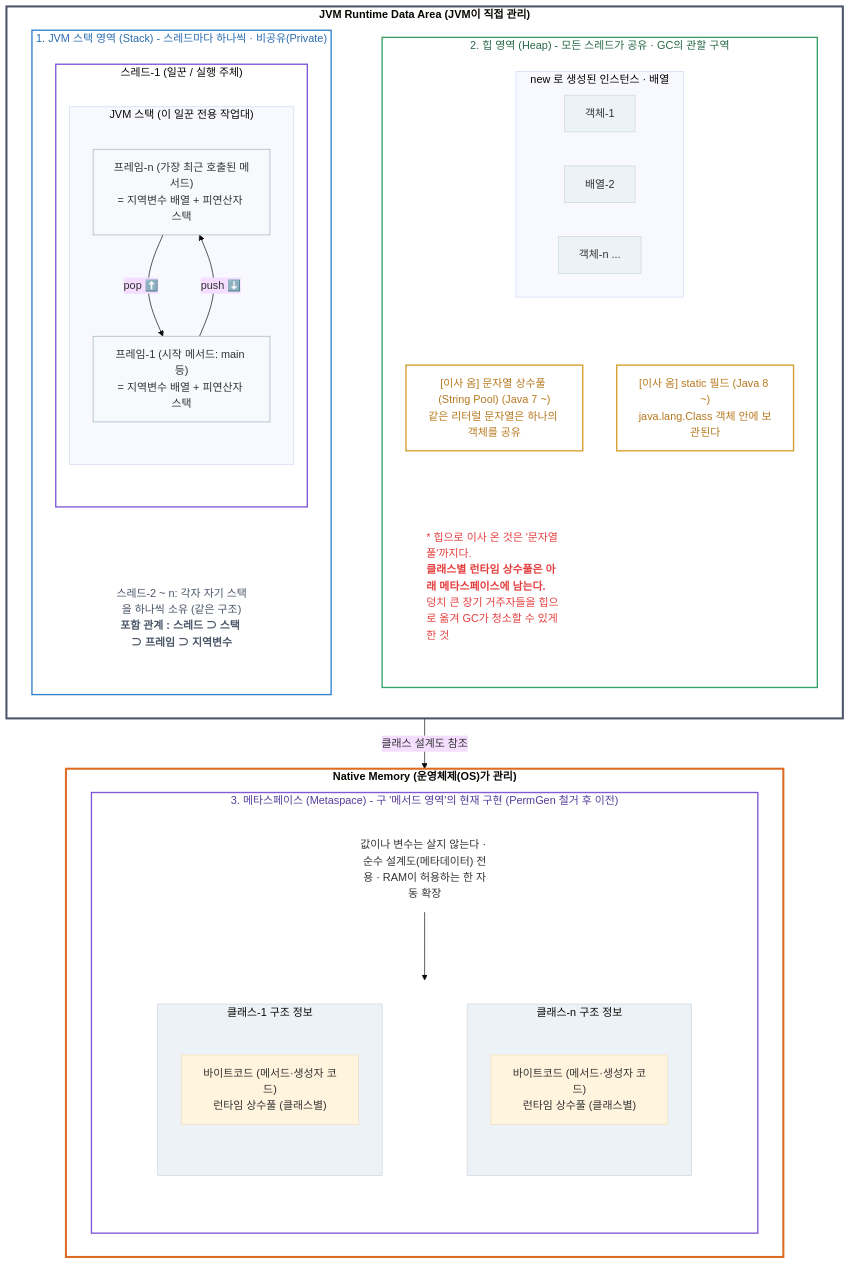
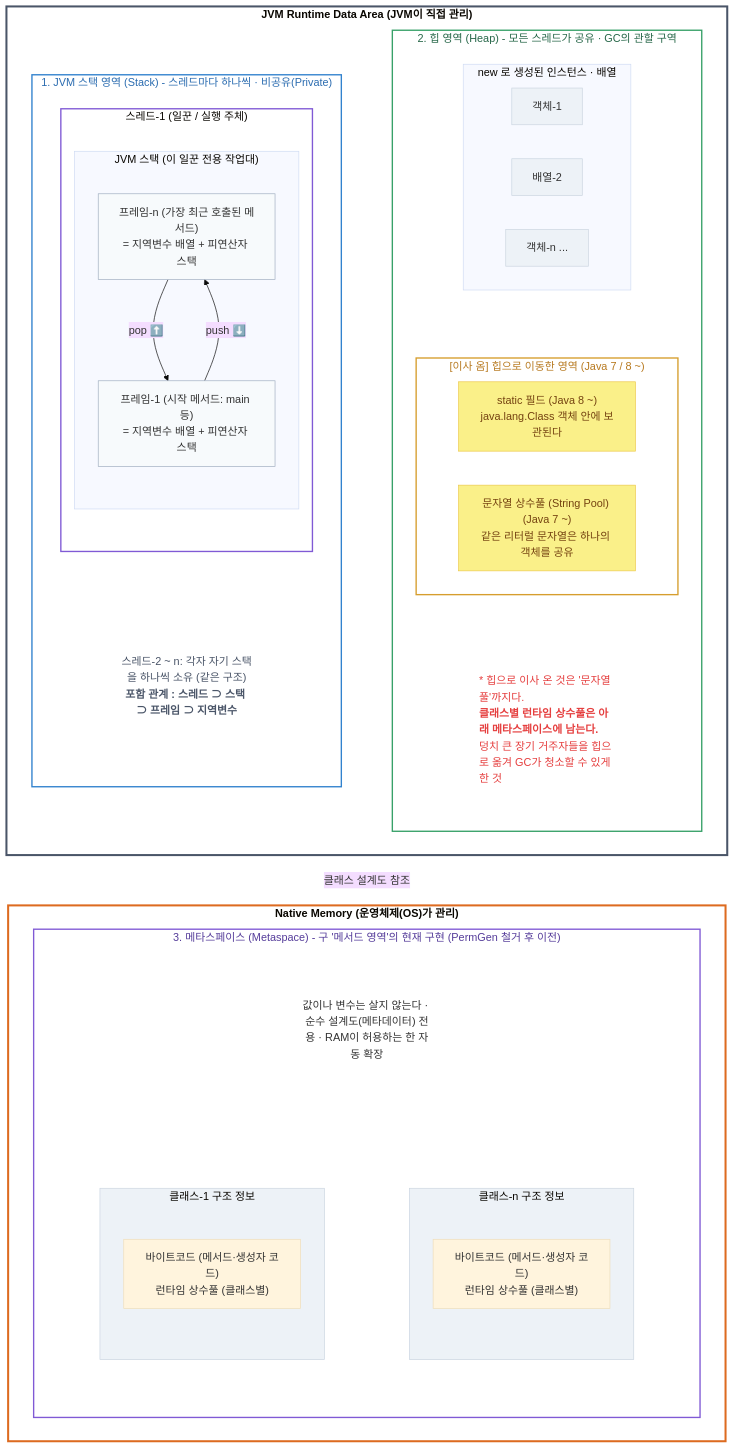
The second of 8 diagrams in _posts/2026-07-11-java-reference-type-study-1.md (sungjin-dev/sungjin-dev.github.io), drawn with Mermaid (base theme) before and after one commit.

````diff
--- a/_posts/2026-07-11-java-reference-type-study-1.md
+++ b/_posts/2026-07-11-java-reference-type-study-1.md
@@ -72,9 +72,12 @@
                 end
             end
             
-            %% 밀착 링크
-            THREAD1 -->| | STACK_TEXT
-            STACK_TEXT["스레드-2 ~ n: 각자 자기 스택을 하나씩 소유 (같은 구조)<br><b>포함 관계 : 스레드 ⊃ 스택 ⊃ 프레임 ⊃ 지역변수</b>"]
+            %% 💡 완전한 정중앙 정렬을 위해 텍스트 전용 가상의 상자로 독립 선언
+            subgraph STACK_TEXT_BOX [" "]
+                direction LR
+                STACK_TEXT["스레드-2 ~ n: 각자 자기 스택을 하나씩 소유 (같은 구조)<br><b>포함 관계 : 스레드 ⊃ 스택 ⊃ 프레임 ⊃ 지역변수</b>"]
+            end
+            THREAD1 -->| | STACK_TEXT_BOX
         end
 
         %% 좌우 영역 밸런스용 투명 링크
@@ -93,15 +96,17 @@
             end
             
             %% 밀착 링크
-            OBJECTS -->| | SF
-            OBJECTS -->| | SP
+            OBJECTS -->| | MOVED_ITEMS
 
-            %% 2층: 이사 온 필드 및 상수풀 영역
-            SF["[이사 옴] static 필드 (Java 8 ~)<br>java.lang.Class 객체 안에 보관된다"]
-            SP["[이사 옴] 문자열 상수풀 (String Pool) (Java 7 ~)<br>같은 리터럴 문자열은 하나의 객체를 공유"]
+            %% 💡 2층: [이사 옴] 단어를 상위 공통 타이틀로 통일하고 내부 텍스트 슬림화
+            subgraph MOVED_ITEMS ["[이사 옴] 힙으로 이동한 영역 (Java 7 / 8 ~)"]
+                direction LR
+                SF["static 필드 (Java 8 ~)<br>java.lang.Class 객체 안에 보관된다"]
+                SP["문자열 상수풀 (String Pool) (Java 7 ~)<br>같은 리터럴 문자열은 하나의 객체를 공유"]
+            end
             
             %% 밀착 링크
-            SP -->| | HEAP_TEXT
+            MOVED_ITEMS -->| | HEAP_TEXT
             HEAP_TEXT["* 힙으로 이사 온 것은 '문자열 풀'까지다.<br><b>클래스별 런타임 상수풀은 아래 메타스페이스에 남는다.</b><br>덩치 큰 장기 거주자들을 힙으로 옮겨 GC가 청소할 수 있게 한 것"]
         end
 
@@ -113,9 +118,13 @@
     subgraph NATIVE_MEM ["Native Memory (운영체제(OS)가 관리)"]
         subgraph METASPACE ["3. 메타스페이스 (Metaspace) - 구 '메서드 영역'의 현재 구현 (PermGen 철거 후 이전)"]
             direction TD
-            MS_TEXT["값이나 변수는 살지 않는다 · 순수 설계도(메타데이터) 전용 · RAM이 허용하는 한 자동 확장"]
             
-            %% 클래스 박스 간 완벽한 좌우 정렬을 위한 락 구조
+            %% 💡 메타스페이스 상단 텍스트도 완전 정중앙 독립 박스로 격리
+            subgraph MS_TEXT_BOX [" "]
+                direction LR
+                MS_TEXT["값이나 변수는 살지 않는다 · 순수 설계도(메타데이터) 전용 · RAM이 허용하는 한 자동 확장"]
+            end
+            
             subgraph CLASS_INFOS [" "]
                 direction LR
                 subgraph CL1 ["클래스-1 구조 정보"]
@@ -126,12 +135,11 @@
                     CN["바이트코드 (메서드·생성자 코드)<br>런타임 상수풀 (클래스별)"]
                 end
                 
-                %% 두 서브그래프를 강제로 가로 연결하여 좌우 배치 고정 (트릭)
                 CL1 ~~~ CLN
             end
             
             %% 상단 텍스트와 하단 좌우 상자 밀착
-            MS_TEXT -->| | CLASS_INFOS
+            MS_TEXT_BOX -->| | CLASS_INFOS
         end
     end
 
@@ -149,32 +157,35 @@
     classDef frame_box fill:#f7fafc,stroke:#a0aec0,stroke-width:1px;
     
     classDef heap_box fill:#ffffff,stroke:#38a169,stroke-width:2px,color:#276749;
-    classDef moved_group fill:none,stroke:none;
-    classDef move_box fill:#ffffff,stroke:#d69e2e,stroke-width:2px,color:#b7791f;
+    classDef moved_group fill:#ffffff,stroke:#d69e2e,stroke-width:2px,color:#b7791f;
+    classDef move_box fill:#faf089,stroke:#ecc94b,stroke-width:1px,color:#744210;
     classDef obj_box fill:#edf2f7,stroke:#cbd5e0,stroke-width:1px;
     
     classDef meta_box fill:#ffffff,stroke:#805ad5,stroke-width:2px,color:#553c9a;
+    classDef transparent_group fill:none,stroke:none;
 
     class RDA rda_style;
     class NATIVE_MEM native_style;
     
     class STACK_AREA stack_box;
+    class STACK_TEXT_BOX transparent_group;
     class THREAD1 thread_box;
     class F_N,F_1 frame_box;
     
     class HEAP_AREA heap_box;
+    class MOVED_ITEMS moved_group;
     class SF,SP move_box;
     class OBJ1,ARR2,OBJN obj_box;
     
     class METASPACE meta_box;
-    class CLASS_INFOS moved_group;
+    class CLASS_INFOS,MS_TEXT_BOX transparent_group;
     class CL1,CLN obj_box;
 
-    %% 💡 텍스트 라벨 투명화 및 정돈 (center 정렬로 완벽 패치)
+    %% 텍스트 라벨 투명화 및 정돈
     style STACK_TEXT fill:none,stroke:none,text-align:center,color:#4a5568;
     style HEAP_TEXT fill:none,stroke:none,text-align:left,color:#e53e3e;
     style MS_TEXT fill:none,stroke:none,text-align:center;
     
     %% 밀착용 및 정렬용 투명 연결선 숨기기 프로퍼티
-    linkStyle 2,3,4,5,6,7 stroke:none,stroke-width:0px;
+    linkStyle 2,3,4,5,6,7,8 stroke:none,stroke-width:0px;
 ```
````
